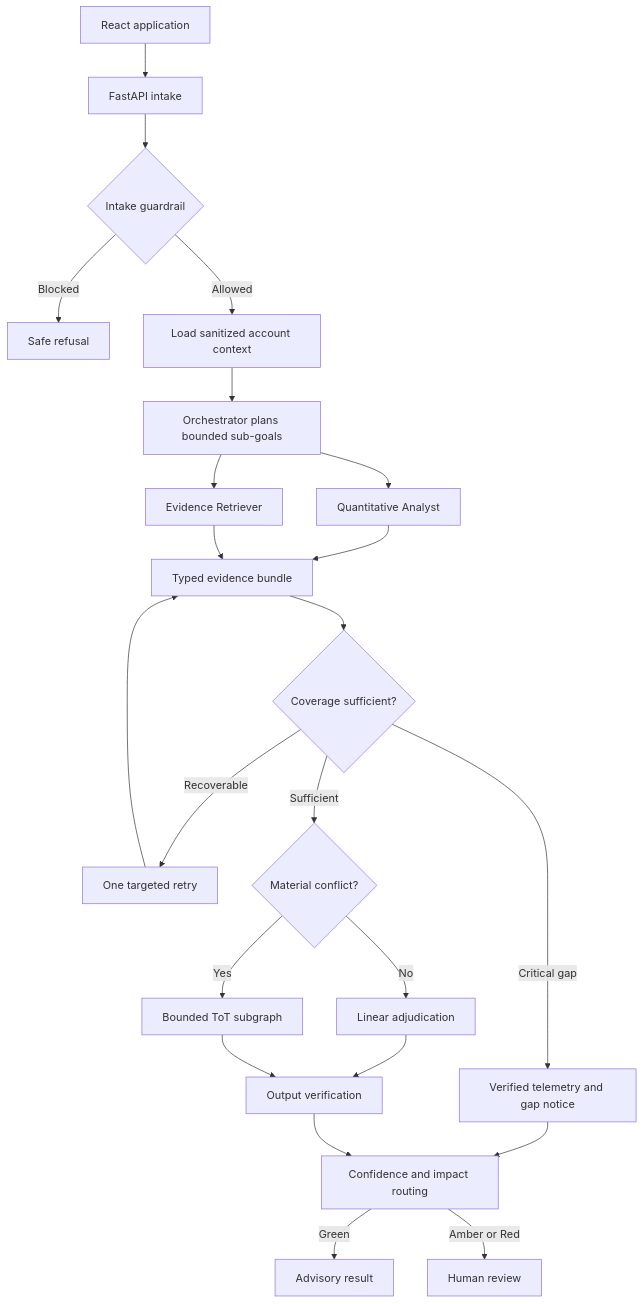
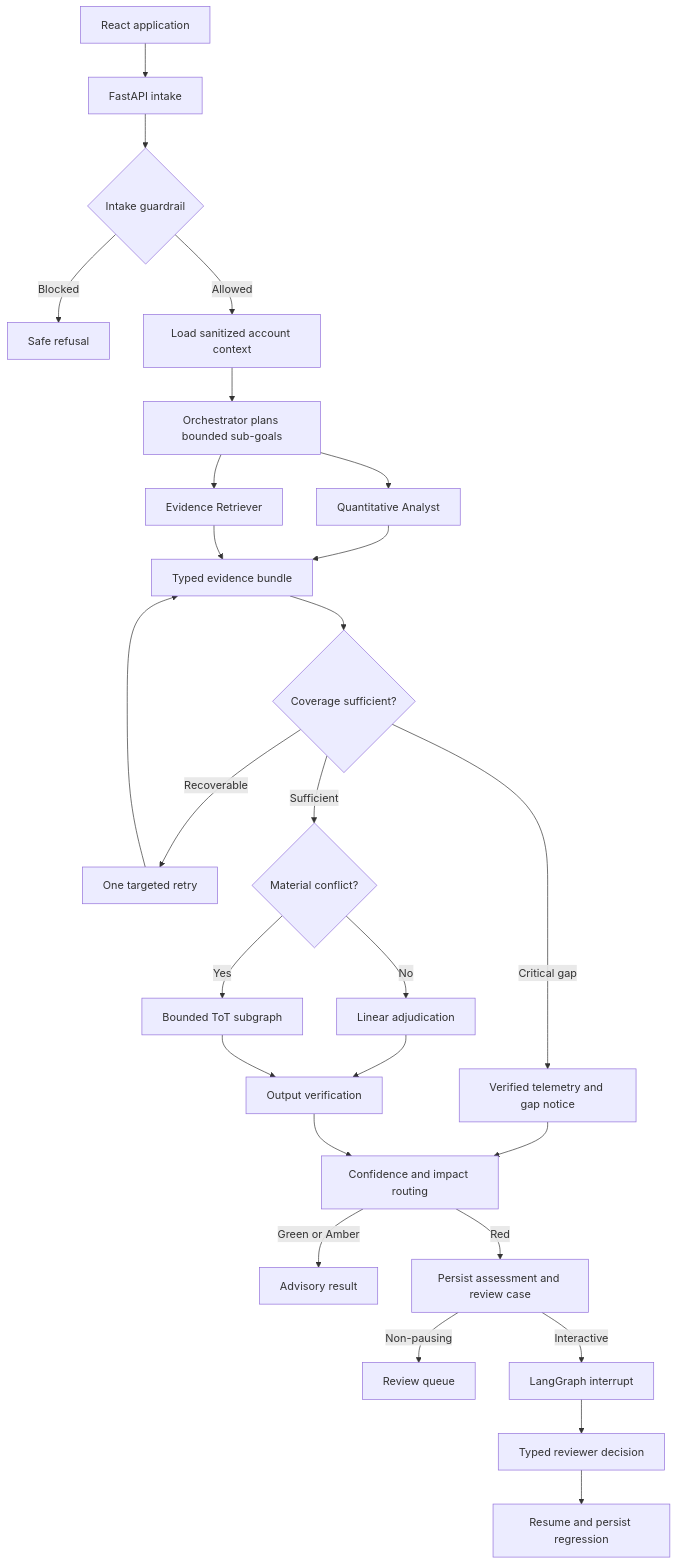
One commit to Sagar2407/meridian-account-health-forecaster changed the diagram in docs/ARCHITECTURE.md. Above: the diagram before and after it, drawn with Mermaid. The commit also changed other lines of this file and 36 other files, not shown here.

First line of the commit message:
Phase 7: complete safety layer and human review

````diff
--- a/docs/ARCHITECTURE.md
+++ b/docs/ARCHITECTURE.md
@@ -11,25 +11,29 @@
 ```mermaid
 flowchart TD
     UI[React application] --> API[FastAPI intake]
     API --> IG{Intake guardrail}
     IG -->|Blocked| BLOCK[Safe refusal]
     IG -->|Allowed| LOAD[Load sanitized account context]
     LOAD --> PLAN[Orchestrator plans bounded sub-goals]
     PLAN --> QUANT[Quantitative Analyst]
     PLAN --> RETRIEVE[Evidence Retriever]
     QUANT --> MERGE[Typed evidence bundle]
     RETRIEVE --> MERGE
     MERGE --> COVER{Coverage sufficient?}
     COVER -->|Recoverable| RETRY[One targeted retry]
     RETRY --> MERGE
     COVER -->|Critical gap| DEGRADED[Verified telemetry and gap notice]
     COVER -->|Sufficient| CONFLICT{Material conflict?}
     CONFLICT -->|No| FAST[Linear adjudication]
     CONFLICT -->|Yes| TOT[Bounded ToT subgraph]
     FAST --> VERIFY[Output verification]
     TOT --> VERIFY
     DEGRADED --> ROUTE[Confidence and impact routing]
     VERIFY --> ROUTE
-    ROUTE -->|Green| RELEASE[Advisory result]
-    ROUTE -->|Amber or Red| REVIEW[Human review]
+    ROUTE -->|Green or Amber| RELEASE[Advisory result]
+    ROUTE -->|Red| STORE[Persist assessment and review case]
+    STORE -->|Non-pausing| QUEUE[Review queue]
+    STORE -->|Interactive| PAUSE[LangGraph interrupt]
+    PAUSE --> DECIDE[Typed reviewer decision]
+    DECIDE --> RESUME[Resume and persist regression]
 ```
````
